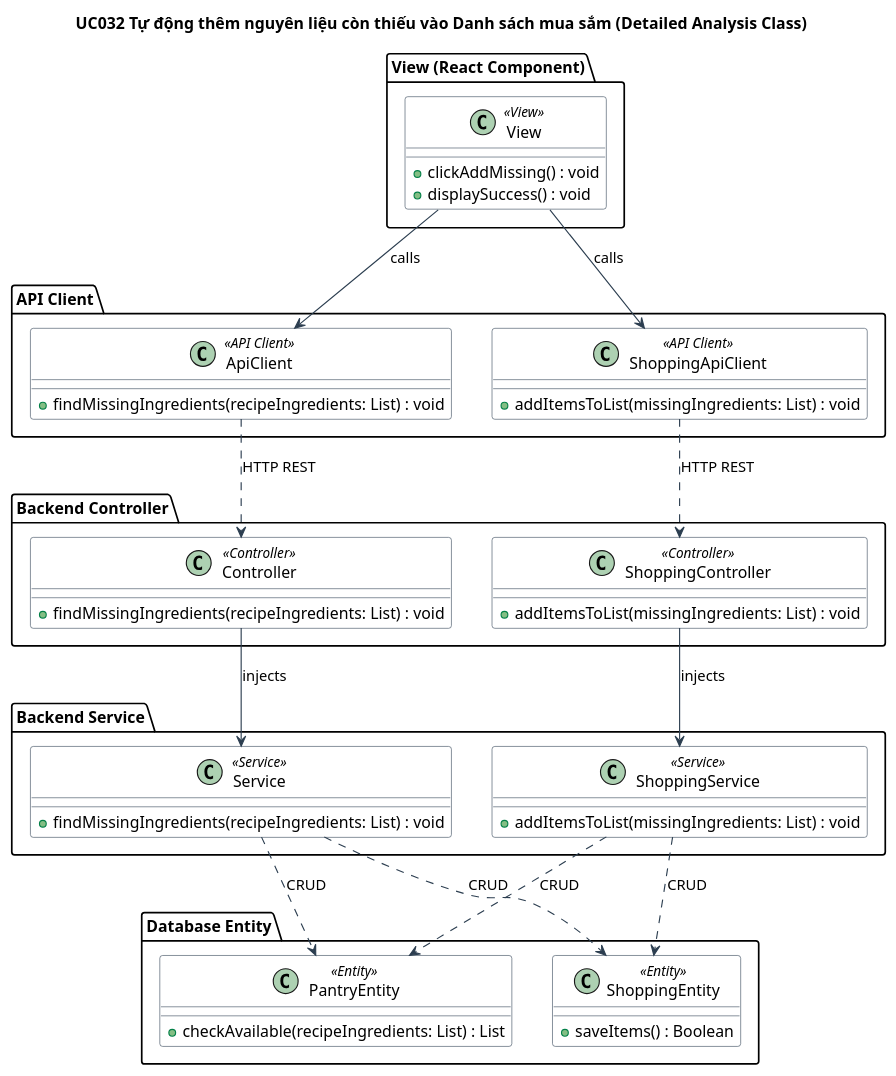
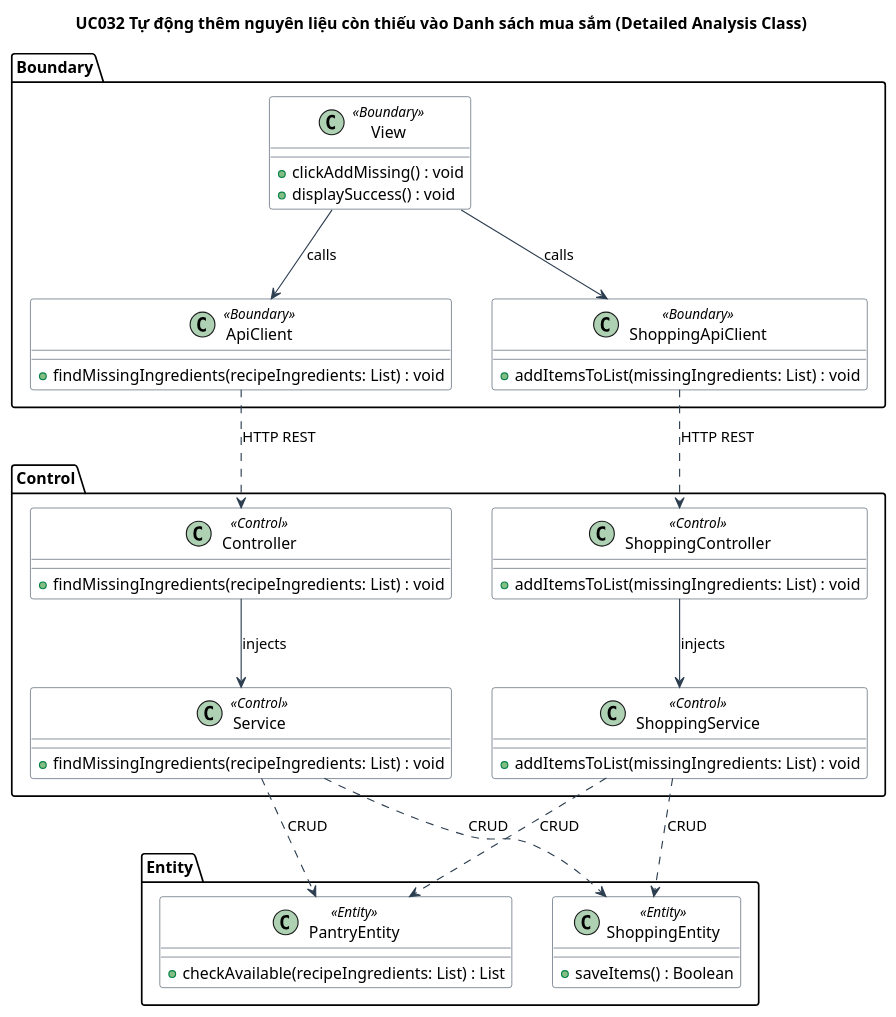
Before and after one commit to Alt2210/NaviMart: the diagram in diagrams/New_Analysis_Class_Diagrams/UC032_Tự_động_thêm_nguyên_liệu_còn_thiếu_vào_Danh_sách_mua_sắm_Analysis.puml, drawn with PlantUML. The commit also changed 75 other files, not shown here.

```diff
--- a/diagrams/New_Analysis_Class_Diagrams/UC032_Tự_động_thêm_nguyên_liệu_còn_thiếu_vào_Danh_sách_mua_sắm_Analysis.puml
+++ b/diagrams/New_Analysis_Class_Diagrams/UC032_Tự_động_thêm_nguyên_liệu_còn_thiếu_vào_Danh_sách_mua_sắm_Analysis.puml
@@ -1,65 +1,65 @@
 @startuml
 title UC032 Tự động thêm nguyên liệu còn thiếu vào Danh sách mua sắm (Detailed Analysis Class)
 
 skinparam class {
     BackgroundColor White
     ArrowColor #2C3E50
     BorderColor #2C3E50
 }
 
-package "View (React Component)" {
-    class View <<View>> {
+package "Boundary" {
+    class View <<Boundary>> {
         + clickAddMissing() : void
           + displaySuccess() : void
     }
 }
 
-package "API Client" {
-    class ApiClient <<API Client>> {
+package "Boundary" {
+    class ApiClient <<Boundary>> {
         + findMissingIngredients(recipeIngredients: List) : void
     }
-    class ShoppingApiClient <<API Client>> {
+    class ShoppingApiClient <<Boundary>> {
         + addItemsToList(missingIngredients: List) : void
     }
 }
 
-package "Backend Controller" {
-    class Controller <<Controller>> {
+package "Control" {
+    class Controller <<Control>> {
         + findMissingIngredients(recipeIngredients: List) : void
     }
-    class ShoppingController <<Controller>> {
+    class ShoppingController <<Control>> {
         + addItemsToList(missingIngredients: List) : void
     }
 }
 
-package "Backend Service" {
-    class Service <<Service>> {
+package "Control" {
+    class Service <<Control>> {
         + findMissingIngredients(recipeIngredients: List) : void
     }
-    class ShoppingService <<Service>> {
+    class ShoppingService <<Control>> {
         + addItemsToList(missingIngredients: List) : void
     }
 }
 
-package "Database Entity" {
+package "Entity" {
     class PantryEntity <<Entity>> {
         + checkAvailable(recipeIngredients: List) : List
     }
     class ShoppingEntity <<Entity>> {
         + saveItems() : Boolean
     }
 }
 
 ' --- Relationships ---
 View --> ApiClient : "calls"
 View --> ShoppingApiClient : "calls"
 ApiClient ..> Controller : "HTTP REST"
 ShoppingApiClient ..> ShoppingController : "HTTP REST"
 Controller --> Service : "injects"
 ShoppingController --> ShoppingService : "injects"
 Service ..> PantryEntity : "CRUD"
 Service ..> ShoppingEntity : "CRUD"
 ShoppingService ..> PantryEntity : "CRUD"
 ShoppingService ..> ShoppingEntity : "CRUD"
 
 @enduml
```
